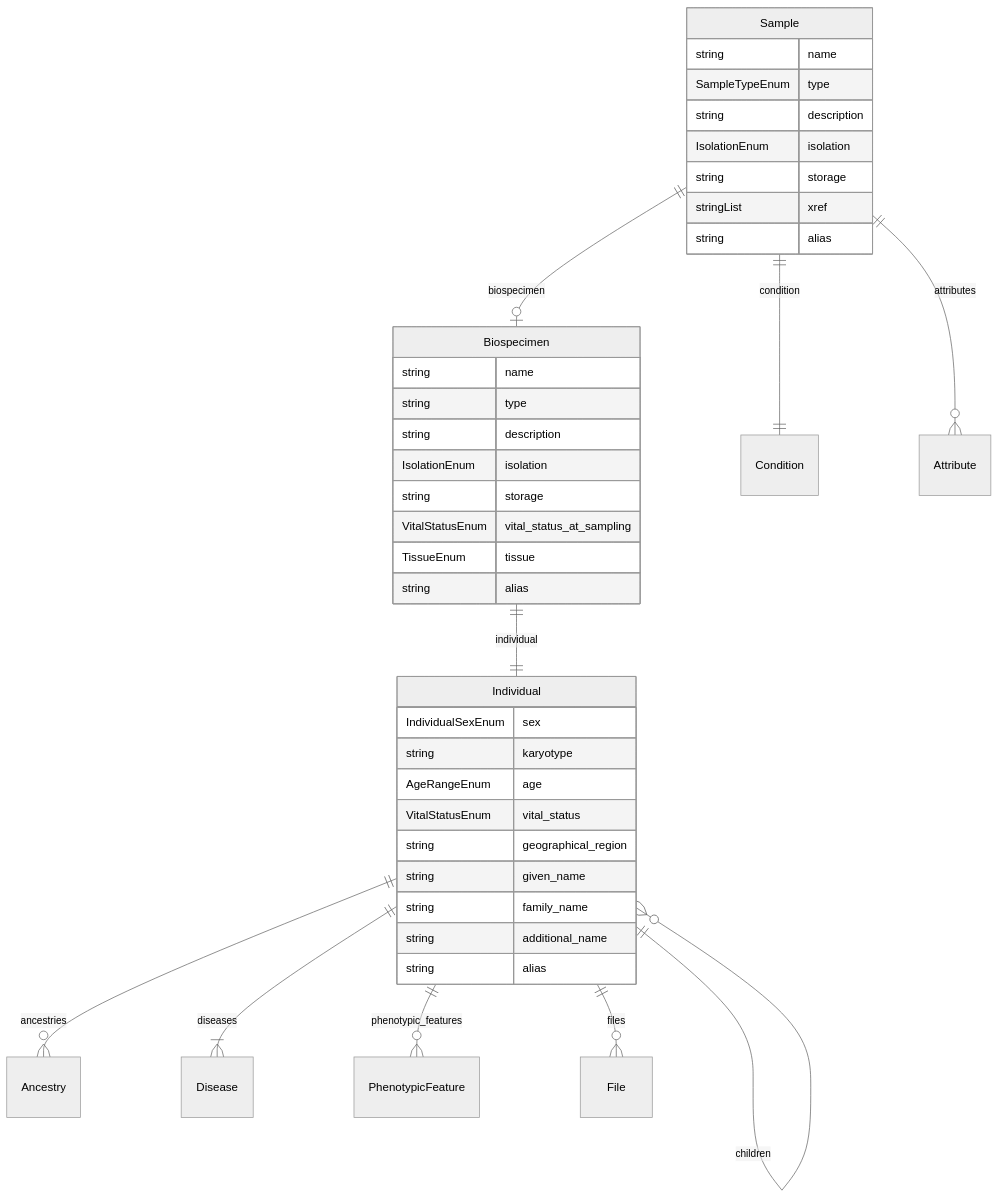
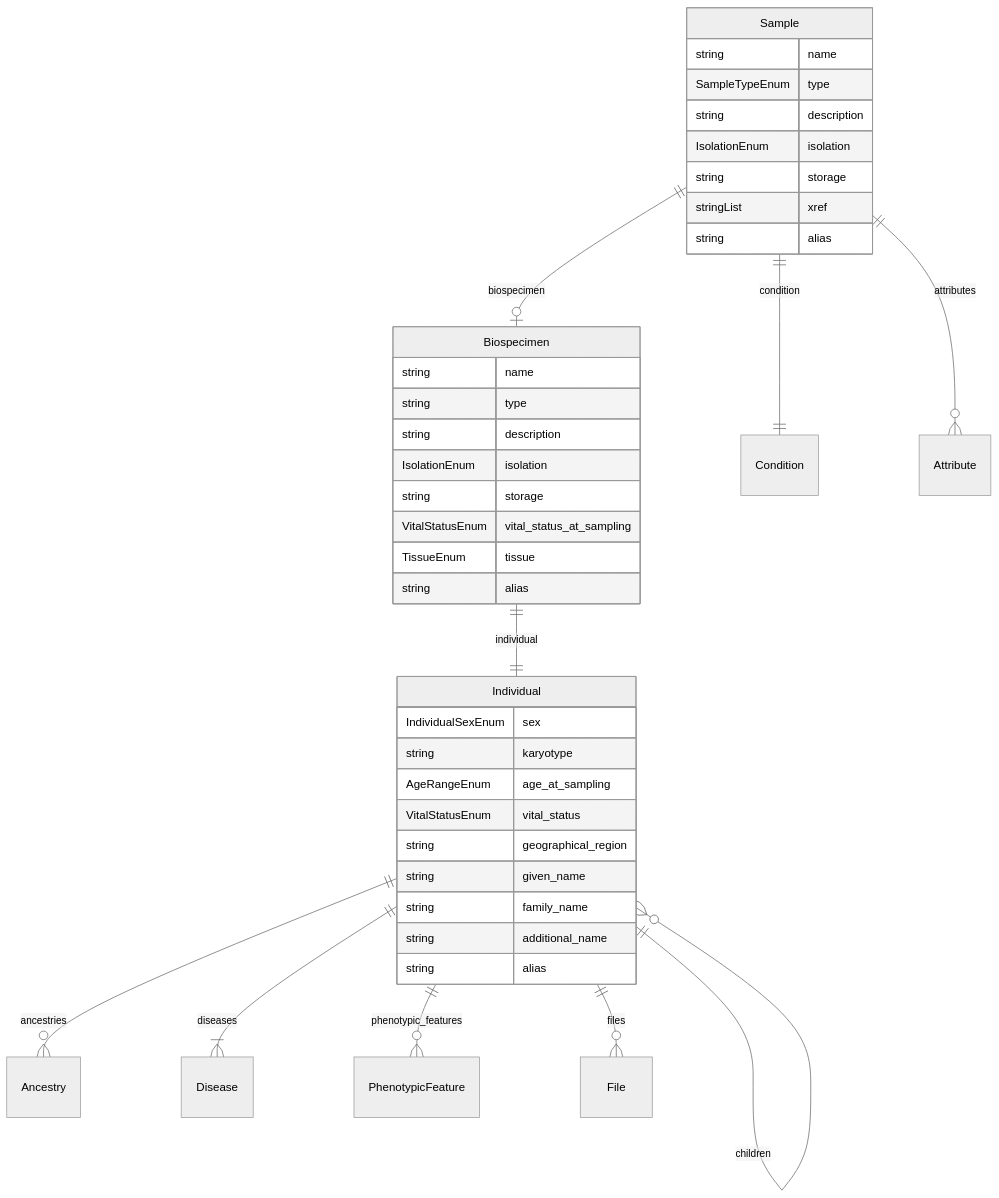
Before and after one commit to ghga-de/ghga-metadata-schema: the fifth of 7 diagrams in docs/entity_relations.md, drawn with Mermaid (neutral theme). The commit also changed 7 other files, not shown here.

Commit message:
Update AgeRangeEnum, rename Individual.age to age_at_sampling

````diff
--- a/docs/entity_relations.md
+++ b/docs/entity_relations.md
@@ -265,45 +265,45 @@
 ```mermaid
 erDiagram
 Individual {
     IndividualSexEnum sex  
     string karyotype  
-    AgeRangeEnum age  
+    AgeRangeEnum age_at_sampling  
     VitalStatusEnum vital_status  
     string geographical_region  
     string given_name  
     string family_name  
     string additional_name  
     string alias  
 }
 Biospecimen {
     string name  
     string type  
     string description  
     IsolationEnum isolation  
     string storage  
     VitalStatusEnum vital_status_at_sampling  
     TissueEnum tissue  
     string alias  
 }
 Sample {
     string name  
     SampleTypeEnum type  
     string description  
     IsolationEnum isolation  
     string storage  
     stringList xref  
     string alias  
 }
 
 Individual ||--}o Ancestry : "ancestries"
 Individual ||--}o Individual : "parents"
 Individual ||--}o Individual : "children"
 Individual ||--}| Disease : "diseases"
 Individual ||--}o PhenotypicFeature : "phenotypic_features"
 Individual ||--}o File : "files"
 Biospecimen ||--|| Individual : "individual"
 Sample ||--|o Biospecimen : "biospecimen"
 Sample ||--|| Condition : "condition"
 Sample ||--}o Attribute : "attributes"
 
 ```
````
